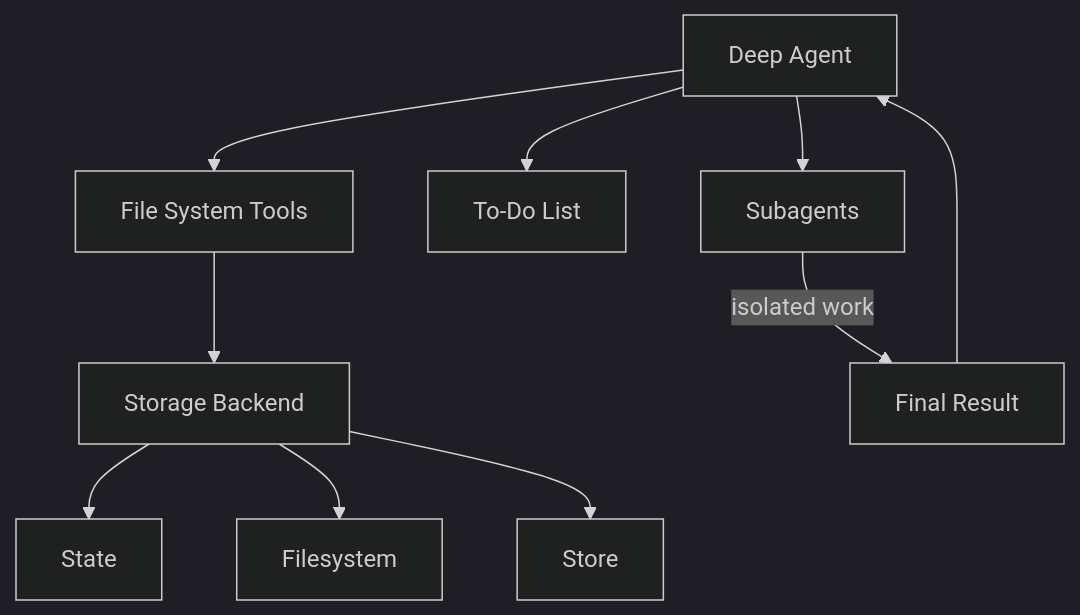
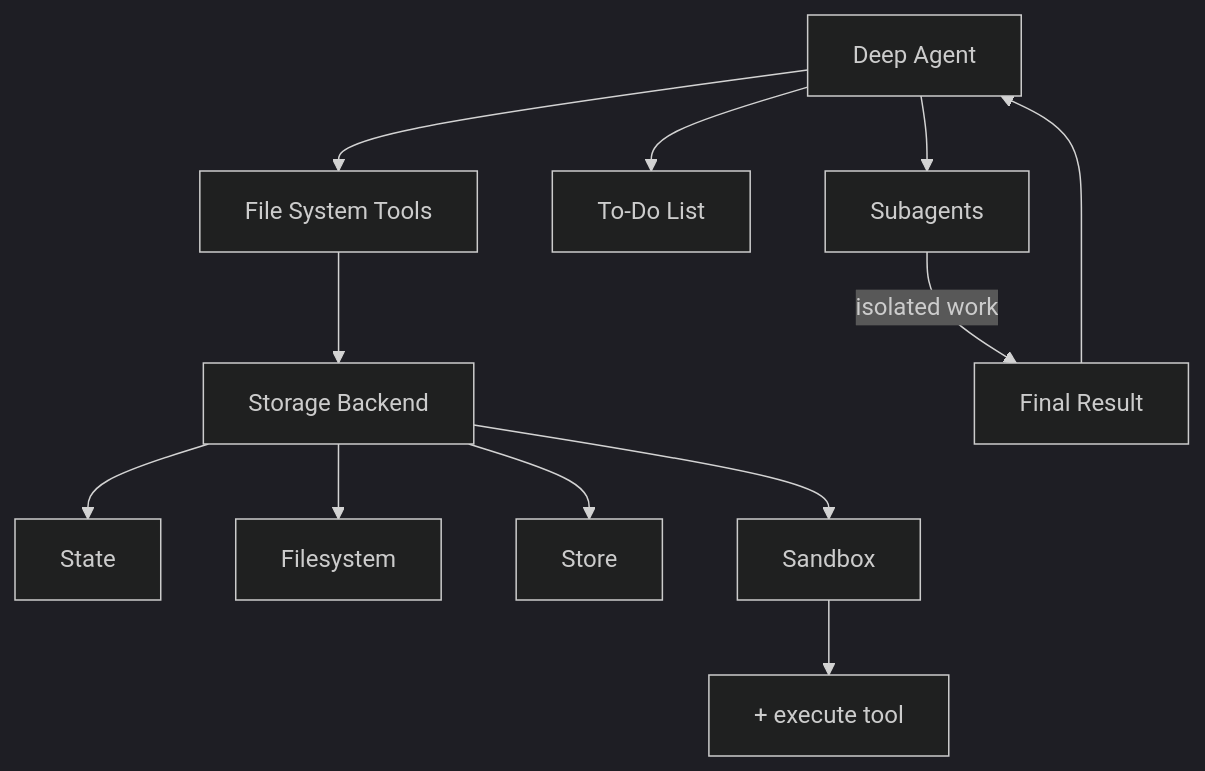
Before and after one commit to langchain-ai/docs: the diagram in src/oss/deepagents/harness.mdx, drawn with Mermaid (dark theme). The commit also changed other lines of this file and 11 other files, not shown here.

````diff
--- a/src/oss/deepagents/harness.mdx
+++ b/src/oss/deepagents/harness.mdx
@@ -8,14 +8,17 @@
 ```mermaid
 graph TB
     Agent[Deep Agent] --> Tools[File System Tools]
     Agent --> Todo[To-Do List]
     Agent --> Sub[Subagents]
 
     Tools --> Backend[Storage Backend]
     Backend --> State[State]
     Backend --> Disk[Filesystem]
     Backend --> Store[Store]
+    Backend --> Sandbox[Sandbox]
+
+    Sandbox --> Execute[+ execute tool]
 
     Sub --> |isolated work| Result[Final Result]
     Result --> Agent
 ```
````
